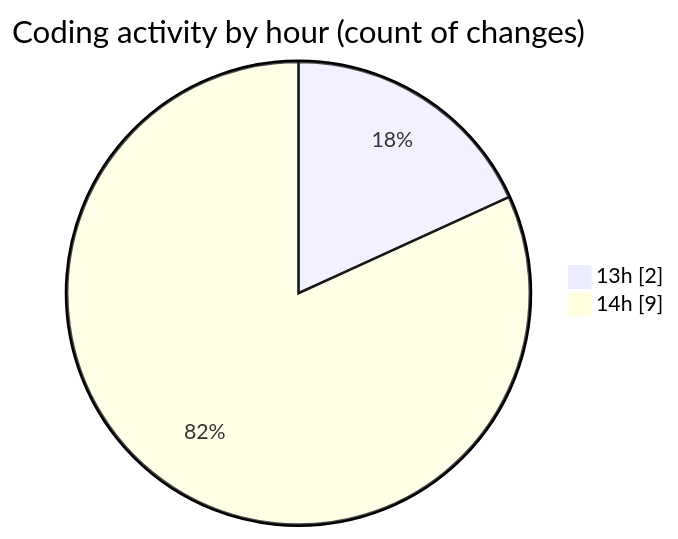
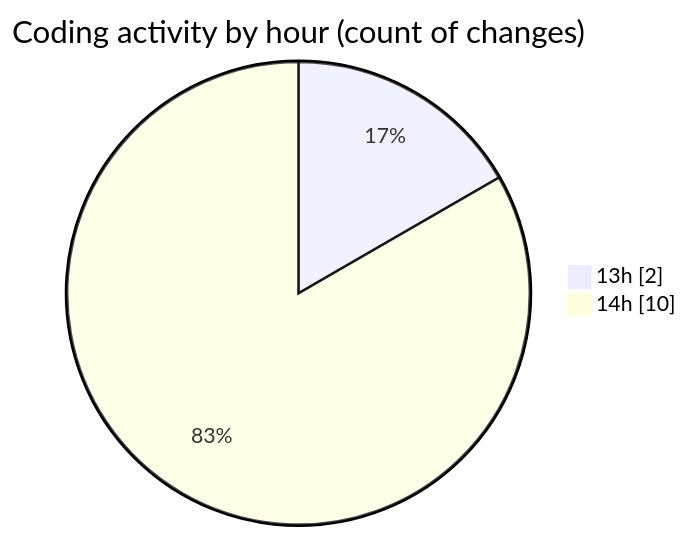
Before and after one commit to BS-eng2023/code-tracking: the second of 2 diagrams in 2025-03-27/vms-with-backend/README.md, drawn with Mermaid. The commit also changed other lines of this file and 1 other file, not shown here.

````diff
--- a/2025-03-27/vms-with-backend/README.md
+++ b/2025-03-27/vms-with-backend/README.md
@@ -33,6 +33,6 @@
 ```mermaid
 pie showData
 title Coding activity by hour (count of changes)
 "13h" : 2
-"14h" : 9
+"14h" : 10
 ```
````
